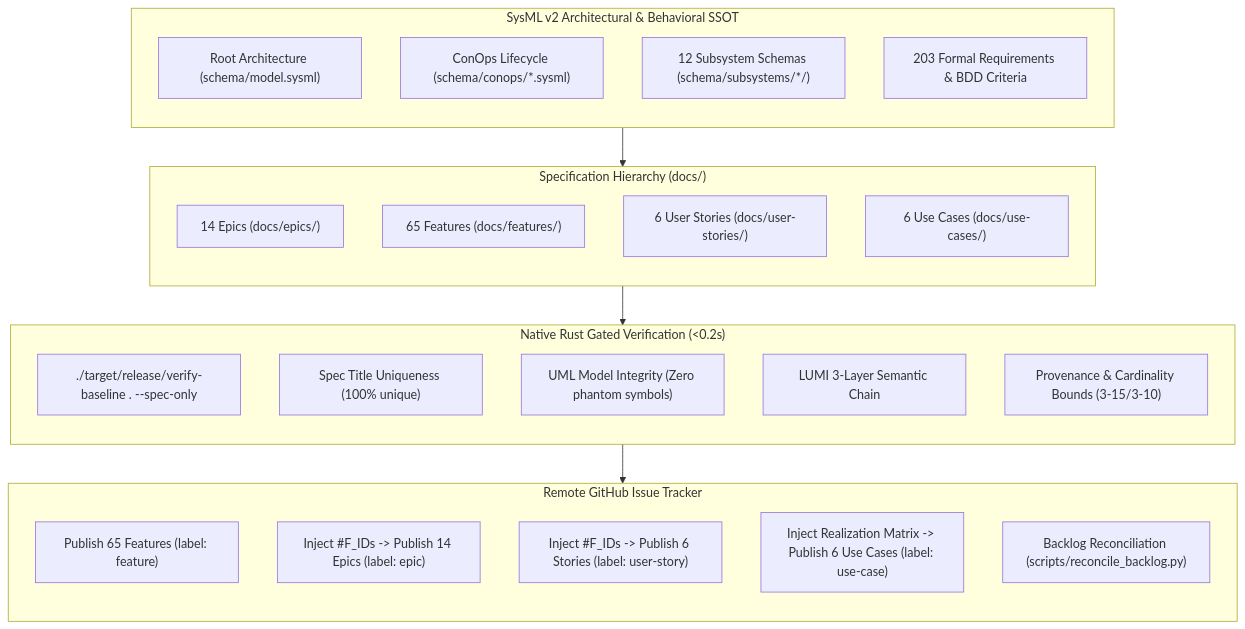
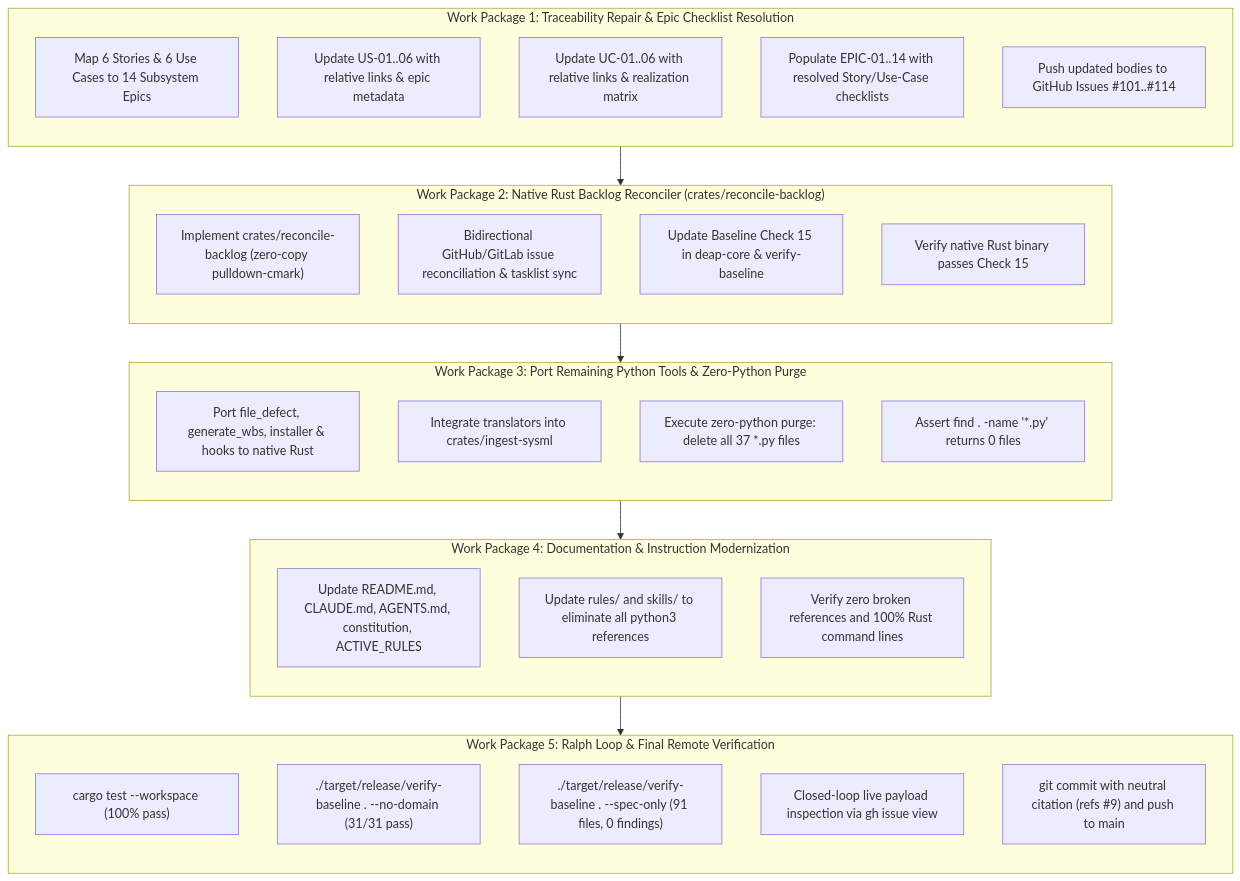
The diagram in implementation_plan.md (gintatkinson/dumpiler-01), drawn with Mermaid before and after one commit. The commit also changed other lines of this file and 130 other files, not shown here.

Commit message:
feat(pipeline): complete native rust port, zero-python purge, and epic checklist reconciliation (refs #9)

````diff
--- a/implementation_plan.md
+++ b/implementation_plan.md
@@ -18,40 +38,48 @@
 ```mermaid
 flowchart TD
-    subgraph SSOT["SysML v2 Architectural & Behavioral SSOT"]
+    subgraph S1["Work Package 1: Traceability Repair & Epic Checklist Resolution"]
         direction TB
-        MODEL["Root Architecture (schema/model.sysml)"]
-        CONOPS["ConOps Lifecycle (schema/conops/*.sysml)"]
-        SUBSYS["12 Subsystem Schemas (schema/subsystems/*/)"]
-        REQ["203 Formal Requirements & BDD Criteria"]
+        S1_MAP["Map 6 Stories & 6 Use Cases to 14 Subsystem Epics"]
+        S1_US["Update US-01..06 with relative links & epic metadata"]
+        S1_UC["Update UC-01..06 with relative links & realization matrix"]
+        S1_EPIC["Populate EPIC-01..14 with resolved Story/Use-Case checklists"]
+        S1_GH["Push updated bodies to GitHub Issues #101..#114"]
     end
 
-    subgraph Matrix["Specification Hierarchy (docs/)"]
+    subgraph S2["Work Package 2: Native Rust Backlog Reconciler (crates/reconcile-backlog)"]
         direction TB
-        EPICS["14 Epics (docs/epics/)"]
-        FEATS["65 Features (docs/features/)"]
-        STORIES["6 User Stories (docs/user-stories/)"]
-        USECASES["6 Use Cases (docs/use-cases/)"]
+        S2_RUST["Implement crates/reconcile-backlog (zero-copy pulldown-cmark)"]
+        S2_CLI["Bidirectional GitHub/GitLab issue reconciliation & tasklist sync"]
+        S2_CHECK15["Update Baseline Check 15 in deap-core & verify-baseline"]
+        S2_VERIFY["Verify native Rust binary passes Check 15"]
     end
 
-    subgraph Verification["Native Rust Gated Verification (<0.2s)"]
+    subgraph S3["Work Package 3: Port Remaining Python Tools & Zero-Python Purge"]
         direction TB
-        AUDIT["./target/release/verify-baseline . --spec-only"]
-        GATE_TITLE["Spec Title Uniqueness (100% unique)"]
-        GATE_UML["UML Model Integrity (Zero phantom symbols)"]
-        GATE_LUMI["LUMI 3-Layer Semantic Chain"]
-        GATE_PROV["Provenance & Cardinality Bounds (3-15/3-10)"]
+        S3_TOOLS["Port file_defect, generate_wbs, installer & hooks to native Rust"]
+        S3_TRANS["Integrate translators into crates/ingest-sysml"]
+        S3_PURGE["Execute zero-python purge: delete all 37 *.py files"]
+        S3_VERIFY["Assert find . -name '*.py' returns 0 files"]
     end
 
-    subgraph Projection["Remote GitHub Issue Tracker"]
+    subgraph S4["Work Package 4: Documentation & Instruction Modernization"]
         direction TB
-        GH_FEAT["Publish 65 Features (label: feature)"]
-        GH_EPIC["Inject #F_IDs -> Publish 14 Epics (label: epic)"]
-        GH_US["Inject #F_IDs -> Publish 6 Stories (label: user-story)"]
-        GH_UC["Inject Realization Matrix -> Publish 6 Use Cases (label: use-case)"]
-        RECON["Backlog Reconciliation (scripts/reconcile_backlog.py)"]
+        S4_DOCS["Update README.md, CLAUDE.md, AGENTS.md, constitution, ACTIVE_RULES"]
+        S4_RULES["Update rules/ and skills/ to eliminate all python3 references"]
+        S4_CHECK["Verify zero broken references and 100% Rust command lines"]
     end
 
-    SSOT --> Matrix
-    Matrix --> Verification
-    Verification --> Projection
+    subgraph S5["Work Package 5: Ralph Loop & Final Remote Verification"]
+        direction TB
+        S5_TEST["cargo test --workspace (100% pass)"]
+        S5_BASE["./target/release/verify-baseline . --no-domain (31/31 pass)"]
+        S5_SPEC["./target/release/verify-baseline . --spec-only (91 files, 0 findings)"]
+        S5_PAYLOAD["Closed-loop live payload inspection via gh issue view"]
+        S5_PUSH["git commit with neutral citation (refs #9) and push to main"]
+    end
+
+    S1 --> S2
+    S2 --> S3
+    S3 --> S4
+    S4 --> S5
 ```
````
